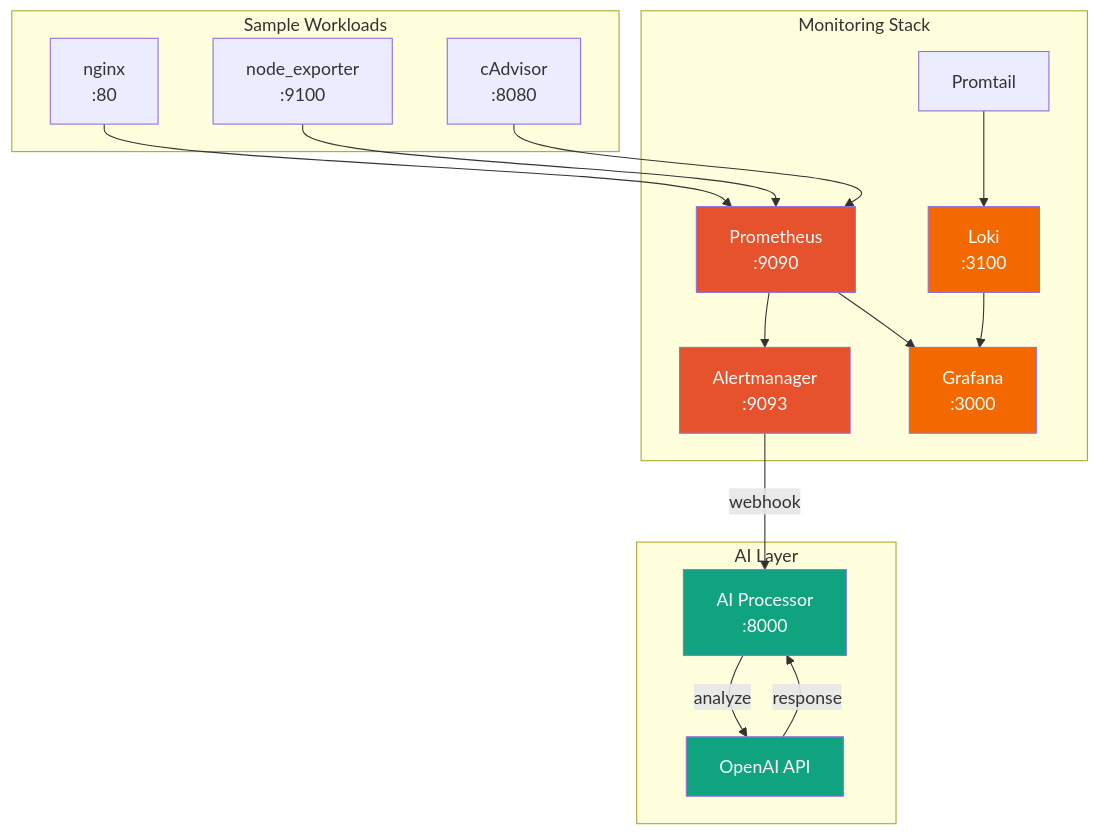
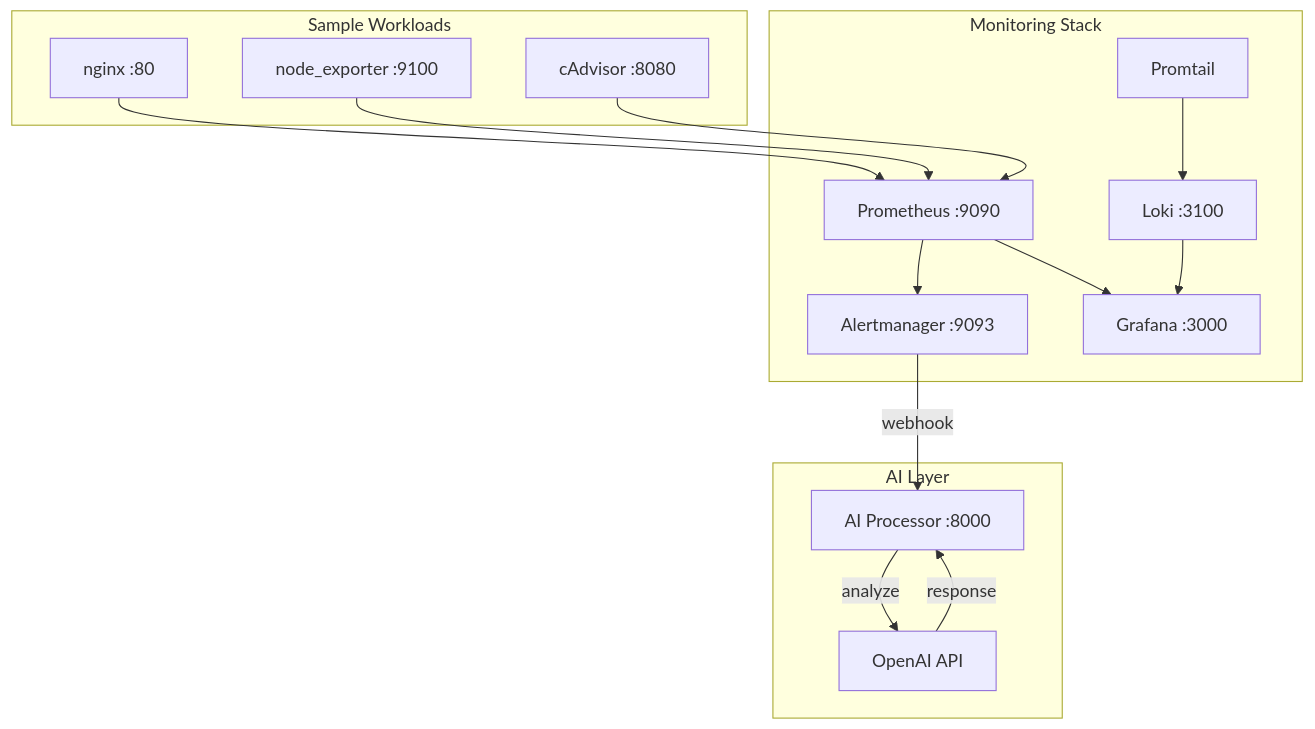
The first of 2 diagrams in README.md (dericsanandres/aiops-platform), drawn with Mermaid before and after one commit.

Commit message:
fix: mermaid diagram rendering on GitHub
- Remove style directives (not fully supported)
- Remove newlines in node labels (caused layout errors)

🤖 Generated with [Claude Code](https://claude.com/claude-code)

````diff
--- a/README.md
+++ b/README.md
@@ -7,41 +7,34 @@
 ```mermaid
 flowchart TB
     subgraph Workloads["Sample Workloads"]
-        nginx["nginx\n:80"]
-        node_exp["node_exporter\n:9100"]
-        cadvisor["cAdvisor\n:8080"]
+        nginx[nginx :80]
+        node_exp[node_exporter :9100]
+        cadvisor[cAdvisor :8080]
     end
 
     subgraph Monitoring["Monitoring Stack"]
-        prometheus["Prometheus\n:9090"]
-        alertmanager["Alertmanager\n:9093"]
-        loki["Loki\n:3100"]
-        promtail["Promtail"]
-        grafana["Grafana\n:3000"]
+        prometheus[Prometheus :9090]
+        alertmanager[Alertmanager :9093]
+        loki[Loki :3100]
+        promtail[Promtail]
+        grafana[Grafana :3000]
     end
 
     subgraph AI["AI Layer"]
-        processor["AI Processor\n:8000"]
-        openai["OpenAI API"]
+        processor[AI Processor :8000]
+        openai[OpenAI API]
     end
 
     nginx --> prometheus
     node_exp --> prometheus
     cadvisor --> prometheus
 
     prometheus --> grafana
     prometheus --> alertmanager
     loki --> grafana
     promtail --> loki
 
     alertmanager -->|webhook| processor
     processor -->|analyze| openai
     openai -->|response| processor
-
-    style prometheus fill:#e6522c,color:#fff
-    style grafana fill:#f46800,color:#fff
-    style loki fill:#f46800,color:#fff
-    style alertmanager fill:#e6522c,color:#fff
-    style processor fill:#10a37f,color:#fff
-    style openai fill:#10a37f,color:#fff
 ```
````
